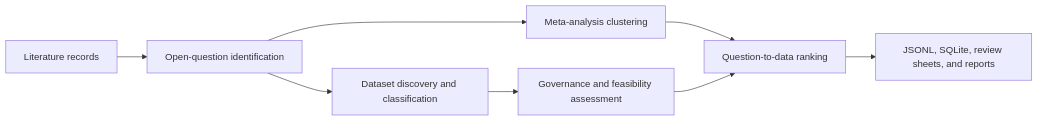
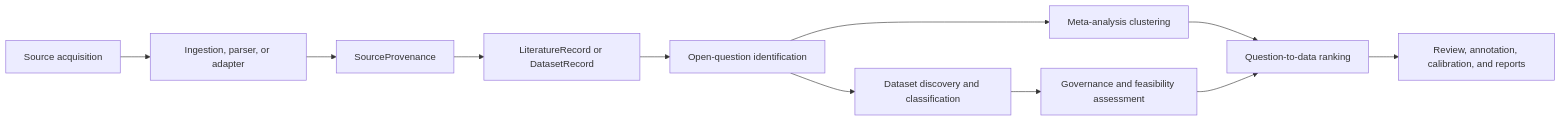
The diagram in docs/architecture.md (ericrosenn1/LitDataMatcher), drawn with Mermaid before and after one commit. The commit also changed other lines of this file and 128 other files, not shown here.

````diff
--- a/docs/architecture.md
+++ b/docs/architecture.md
@@ -8,10 +22,13 @@
 ```mermaid
 flowchart LR
-    A["Literature records"] --> B["Open-question identification"]
+    Z["Source acquisition"] --> P["Ingestion, parser, or adapter"]
+    P --> V["SourceProvenance"]
+    V --> A["LiteratureRecord or DatasetRecord"]
+    A --> B["Open-question identification"]
     B --> C["Meta-analysis clustering"]
     B --> D["Dataset discovery and classification"]
     D --> G["Governance and feasibility assessment"]
     C --> E["Question-to-data ranking"]
     G --> E
-    E --> F["JSONL, SQLite, review sheets, and reports"]
+    E --> F["Review, annotation, calibration, and reports"]
 ```
````
